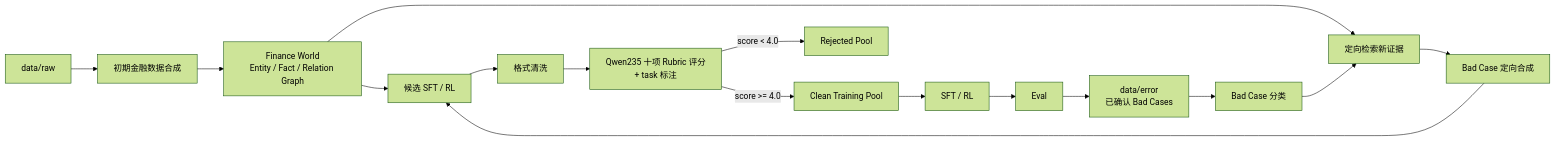
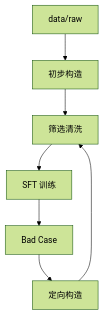
One commit to dlgjr/FINAR-VL changed the first of 2 diagrams in README.md. Above: the diagram before and after it, drawn with Mermaid (forest theme). The commit also changed other lines of this file, not shown here.

Commit message:
docs: simplify data flywheel section

````diff
--- a/README.md
+++ b/README.md
@@ -34,18 +34,9 @@
 ```mermaid
-flowchart LR
-    A[data/raw] --> B[初期金融数据合成]
-    B --> C[Finance World<br/>Entity / Fact / Relation Graph]
-    C --> D[候选 SFT / RL]
-    E[data/error<br/>已确认 Bad Cases] --> F[Bad Case 分类]
-    C --> G[定向检索新证据]
-    F --> G
-    G --> H[Bad Case 定向合成]
-    H --> D
-    D --> I[格式清洗]
-    I --> J[Qwen235 十项 Rubric 评分<br/>+ task 标注]
-    J -->|score >= 4.0| K[Clean Training Pool]
-    J -->|score < 4.0| L[Rejected Pool]
-    K --> M[SFT / RL]
-    M --> N[Eval]
-    N --> E
+flowchart TD
+    A[data/raw] --> B[初步构造]
+    B --> C[筛选清洗]
+    C --> D[SFT 训练]
+    D --> E[Bad Case]
+    E --> F[定向构造]
+    F --> C
 ```
````
